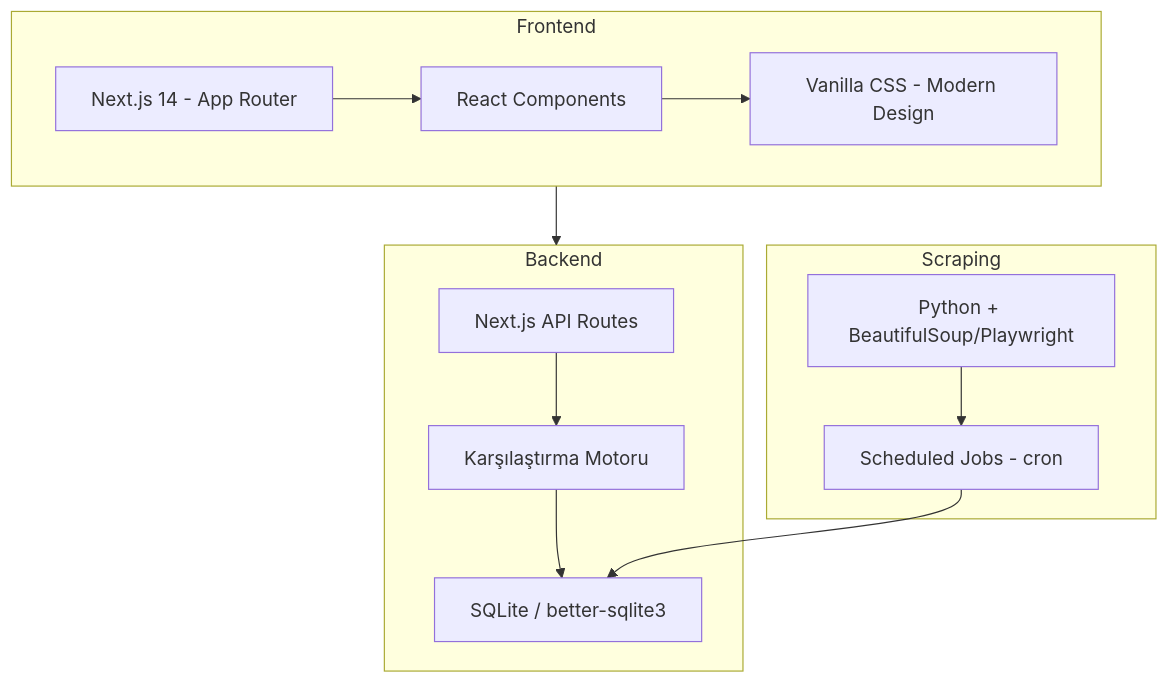
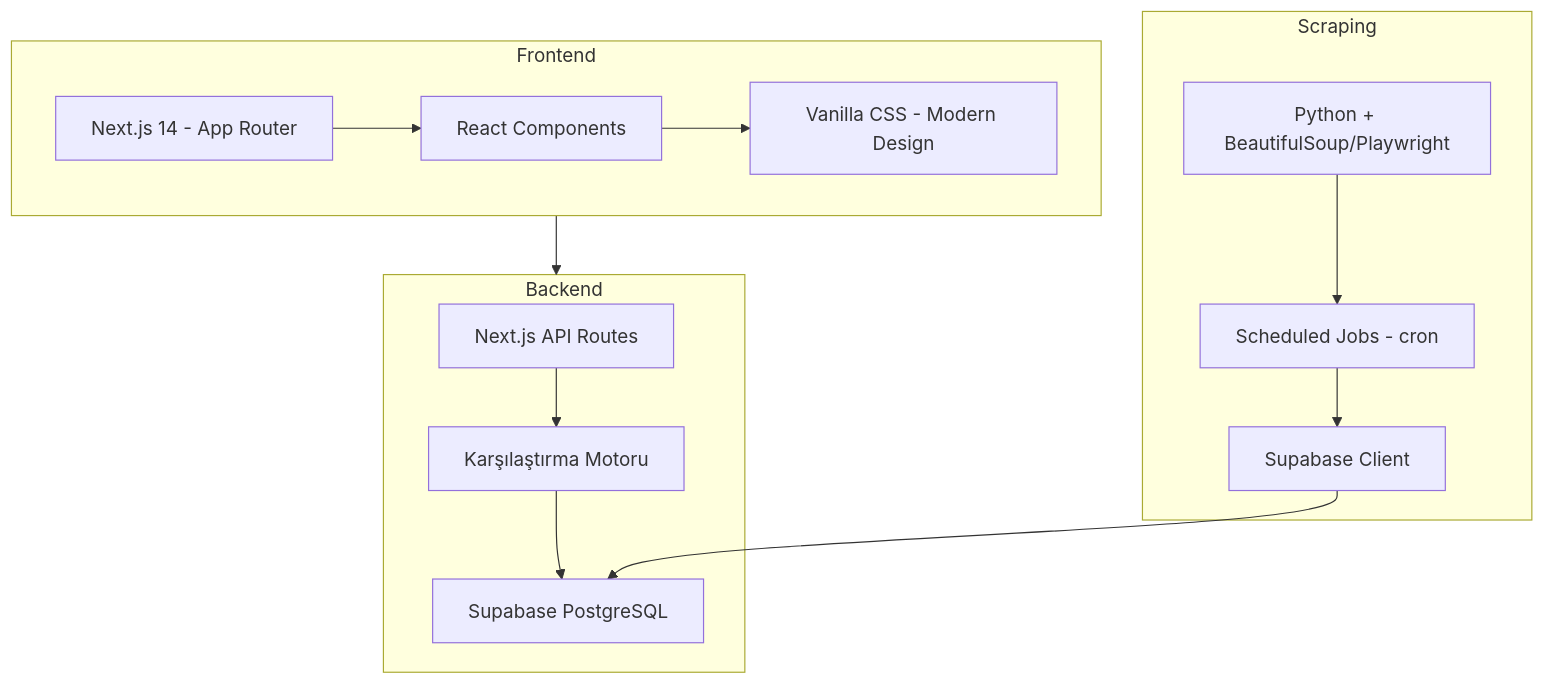
One commit to bsariaslan/berk-1 changed the first of 5 diagrams in implementation_plan.md. Above: the diagram before and after it, drawn with Mermaid. The commit also changed other lines of this file and 37 other files, not shown here.

````diff
--- a/implementation_plan.md
+++ b/implementation_plan.md
@@ -37,16 +37,17 @@
 ```mermaid
 graph TB
     subgraph Frontend
         A[Next.js 14 - App Router] --> B[React Components]
         B --> C[Vanilla CSS - Modern Design]
     end
     subgraph Backend
         D[Next.js API Routes] --> E[Karşılaştırma Motoru]
-        E --> F[SQLite / better-sqlite3]
+        E --> F[Supabase PostgreSQL]
     end
     subgraph Scraping
         G[Python + BeautifulSoup/Playwright] --> H[Scheduled Jobs - cron]
-        H --> F
+        H --> I[Supabase Client]
+        I --> F
     end
     Frontend --> Backend
 ```
````
